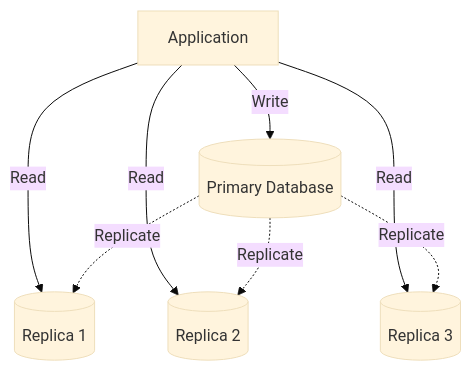
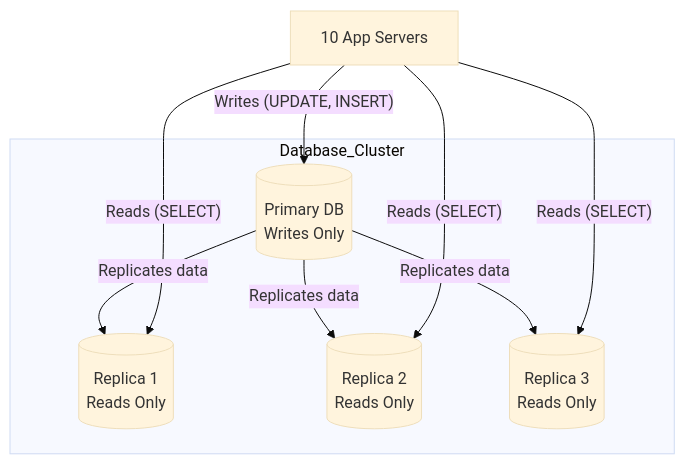
Diagram 23 of 50 in books/know-the-why.md (Param-Harrison/ebook-writer), drawn with Mermaid (base theme) before and after one commit. The commit also changed other lines of this file and 56 other files, not shown here.

````diff
--- a/books/know-the-why.md
+++ b/books/know-the-why.md
@@ -4792,17 +1325,20 @@
 ```mermaid
 graph TB
-    App[Application]
-    Primary[(Primary Database)]
-    Replica1[(Replica 1)]
-    Replica2[(Replica 2)]
-    Replica3[(Replica 3)]
+    App[10 App Servers]
+    
+    subgraph Database_Cluster
+        Primary[("Primary DB<br/>Writes Only")]
+        Replica1[("Replica 1<br/>Reads Only")]
+        Replica2[("Replica 2<br/>Reads Only")]
+        Replica3[("Replica 3<br/>Reads Only")]
 
-    App -->|Write| Primary
-    App -->|Read| Replica1
-    App -->|Read| Replica2
-    App -->|Read| Replica3
-    
-    Primary -.->|Replicate| Replica1
-    Primary -.->|Replicate| Replica2
-    Primary -.->|Replicate| Replica3
+        Primary -- "Replicates data" --> Replica1
+        Primary -- "Replicates data" --> Replica2
+        Primary -- "Replicates data" --> Replica3
+    end
+
+    App -- "Writes (UPDATE, INSERT)" --> Primary
+    App -- "Reads (SELECT)" --> Replica1
+    App -- "Reads (SELECT)" --> Replica2
+    App -- "Reads (SELECT)" --> Replica3
 ```
````
